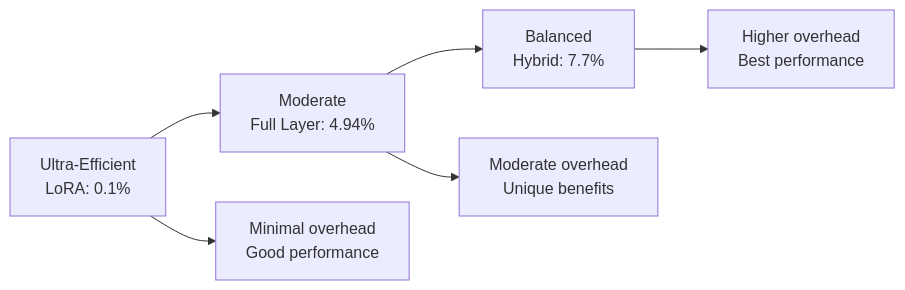
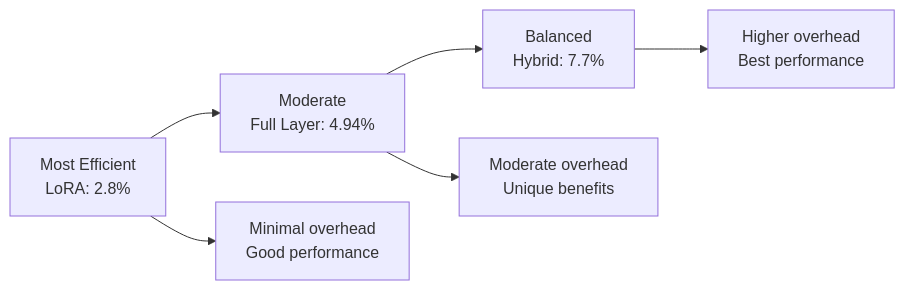
One commit to bitrifttech/llm_expansion_experiments changed diagram 17 of 20 in analysis/comprehensive_continual_learning_analysis.md. Above: the diagram before and after it, drawn with Mermaid. The commit also changed other lines of this file and 2 other files, not shown here.

````diff
--- a/analysis/comprehensive_continual_learning_analysis.md
+++ b/analysis/comprehensive_continual_learning_analysis.md
@@ -609,8 +615,8 @@
 ```mermaid
 graph LR
-    A[Ultra-Efficient<br/>LoRA: 0.1%] --> B[Moderate<br/>Full Layer: 4.94%] --> C[Balanced<br/>Hybrid: 7.7%]
+    A[Most Efficient<br/>LoRA: 2.8%] --> B[Moderate<br/>Full Layer: 4.94%] --> C[Balanced<br/>Hybrid: 7.7%]
     
     A --> A1[Minimal overhead<br/>Good performance]
     B --> B1[Moderate overhead<br/>Unique benefits]
     C --> C1[Higher overhead<br/>Best performance]
 ```
````
